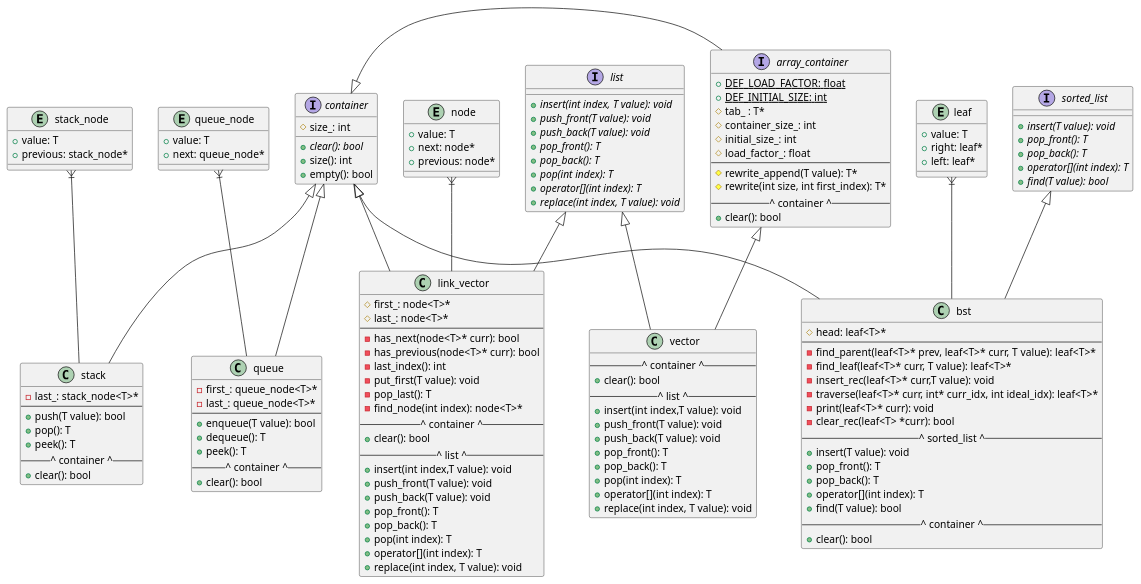
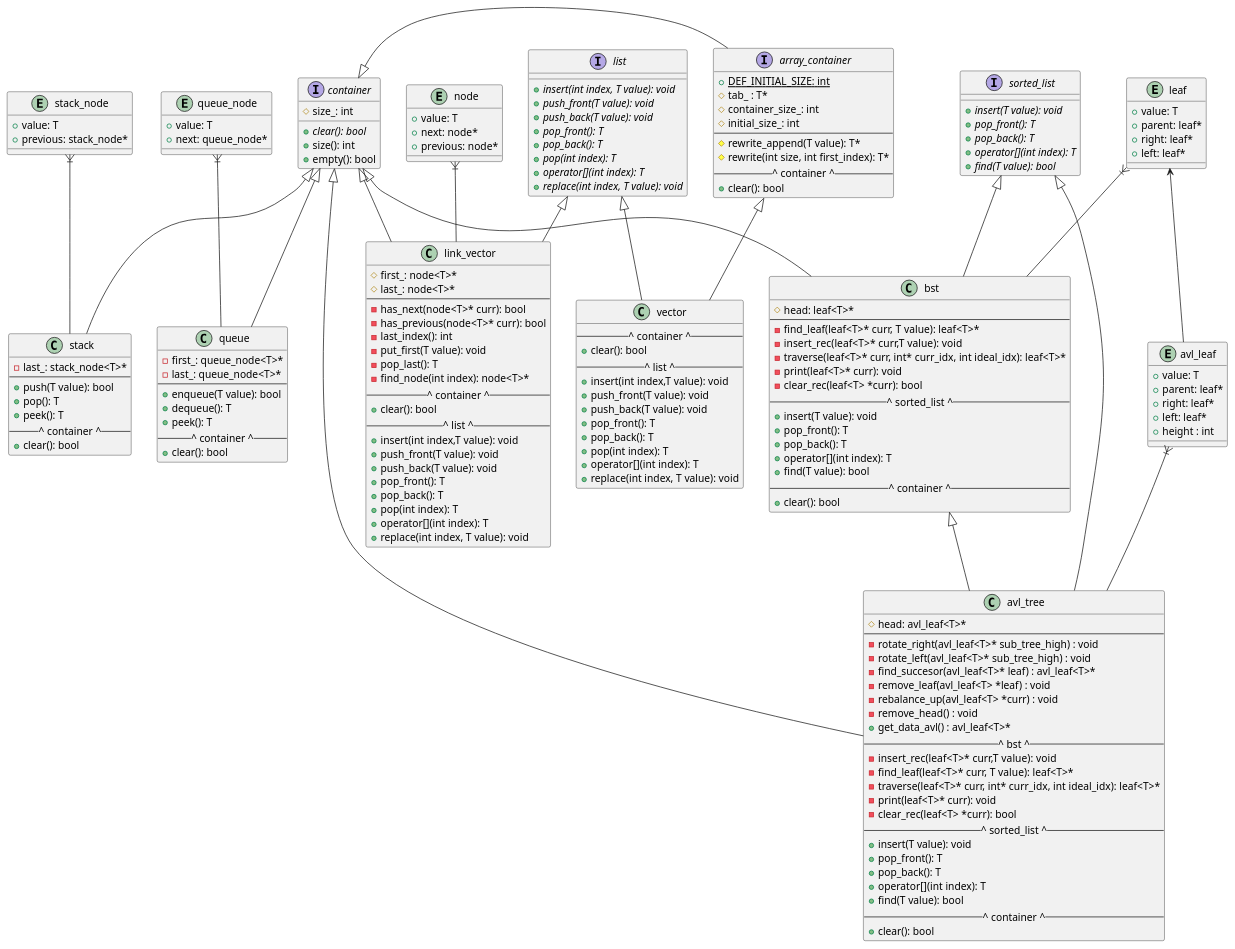
One commit to lpawlak1/data_structures changed the diagram in data_structure.puml. Above: the diagram before and after it, drawn with PlantUML. The commit also changed 3 other files, not shown here.

Commit message:
Added documentation regarding avl tree

```diff
--- a/data_structure.puml
+++ b/data_structure.puml
@@ -1,149 +1,189 @@
 @startuml
 interface list{
 +{abstract}insert(int index, T value): void
 +{abstract}push_front(T value): void
 +{abstract}push_back(T value): void
 +{abstract}pop_front(): T
 +{abstract}pop_back(): T
 +{abstract}pop(int index): T
 +{abstract}operator[](int index): T
 +{abstract}replace(int index, T value): void
 }
 
 interface container{
 #size_: int
 +{abstract}clear(): bool
 +size(): int
 +empty(): bool
 }
 
 entity node{
 +value: T
 +next: node*
 +previous: node*
 }
 
 interface array_container{
-+{static} DEF_LOAD_FACTOR: float
 +{static} DEF_INITIAL_SIZE: int
 #tab_ : T*
 #container_size_: int
 #initial_size_: int
-#load_factor_: float
 --
 #rewrite_append(T value): T*
 #rewrite(int size, int first_index): T*
 --^ container ^--
 +clear(): bool
 }
 
 class stack{
 -last_: stack_node<T>*
 --
 +push(T value): bool
 +pop(): T
 +peek(): T
 --^ container ^--
 +clear(): bool
 }
 
 class queue{
 -first_: queue_node<T>*
 -last_: queue_node<T>*
 ----
 +enqueue(T value): bool
 +dequeue(): T
 +peek(): T
 --^ container ^--
 +clear(): bool
 }
 
 class link_vector{
 #first_: node<T>*
 #last_: node<T>*
 --
 -has_next(node<T>* curr): bool
 -has_previous(node<T>* curr): bool
 -last_index(): int
 -put_first(T value): void
 -pop_last(): T
 -find_node(int index): node<T>*
 --^ container ^--
 +clear(): bool
 --^ list ^--
 +insert(int index,T value): void
 +push_front(T value): void
 +push_back(T value): void
 +pop_front(): T
 +pop_back(): T
 +pop(int index): T
 +operator[](int index): T
 +replace(int index, T value): void
 }
 
 class vector{
 --^ container ^--
 +clear(): bool
 --^ list ^--
 +insert(int index,T value): void
 +push_front(T value): void
 +push_back(T value): void
 +pop_front(): T
 +pop_back(): T
 +pop(int index): T
 +operator[](int index): T
 +replace(int index, T value): void
 }
 class bst{
 #head: leaf<T>*
 --
--find_parent(leaf<T>* prev, leaf<T>* curr, T value): leaf<T>*
 -find_leaf(leaf<T>* curr, T value): leaf<T>*
 -insert_rec(leaf<T>* curr,T value): void
 -traverse(leaf<T>* curr, int* curr_idx, int ideal_idx): leaf<T>*
 -print(leaf<T>* curr): void
 -clear_rec(leaf<T> *curr): bool
 --^ sorted_list ^--
 +insert(T value): void
 +pop_front(): T
 +pop_back(): T
 +operator[](int index): T
 +find(T value): bool
 --^ container ^--
 +clear(): bool
 }
 entity leaf{
 +value: T
++parent: leaf*
 +right: leaf*
 +left: leaf*
 }
 interface sorted_list{
 +{abstract}insert(T value): void
 +{abstract}pop_front(): T
 +{abstract}pop_back(): T
 +{abstract}operator[](int index): T
 +{abstract}find(T value): bool
 }
+
+entity avl_leaf{
++value: T
++parent: leaf*
++right: leaf*
++left: leaf*
++height : int
+}
+class avl_tree{
+#head: avl_leaf<T>*
+--
+-rotate_right(avl_leaf<T>* sub_tree_high) : void
+-rotate_left(avl_leaf<T>* sub_tree_high) : void
+-find_succesor(avl_leaf<T>* leaf) : avl_leaf<T>*
+-remove_leaf(avl_leaf<T> *leaf) : void
+-rebalance_up(avl_leaf<T> *curr) : void
+-remove_head() : void
++get_data_avl() : avl_leaf<T>*
+--^ bst ^--
+-insert_rec(leaf<T>* curr,T value): void
+-find_leaf(leaf<T>* curr, T value): leaf<T>*
+-traverse(leaf<T>* curr, int* curr_idx, int ideal_idx): leaf<T>*
+-print(leaf<T>* curr): void
+-clear_rec(leaf<T> *curr): bool
+--^ sorted_list ^--
++insert(T value): void
++pop_front(): T
++pop_back(): T
++operator[](int index): T
++find(T value): bool
+--^ container ^--
++clear(): bool
+}
+
 entity stack_node{
 +value: T
 +previous: stack_node*
 }
 entity queue_node{
 +value: T
 +next: queue_node*
 }
 
 list <|-- link_vector
 container <|- array_container
 container <|-- stack
 container <|-- queue
 container <|-- link_vector
 array_container <|-- vector
 list <|-- vector
 node }|-- link_vector
 queue_node }|-- queue
 stack_node }|-- stack
+
 leaf }|-- bst
 sorted_list <|-- bst
 container <|-- bst
+
+bst <|-- avl_tree
+avl_leaf}|-- avl_tree
+sorted_list <|-- avl_tree
+container <|-- avl_tree
+
+leaf <-- avl_leaf
 @enduml
```
